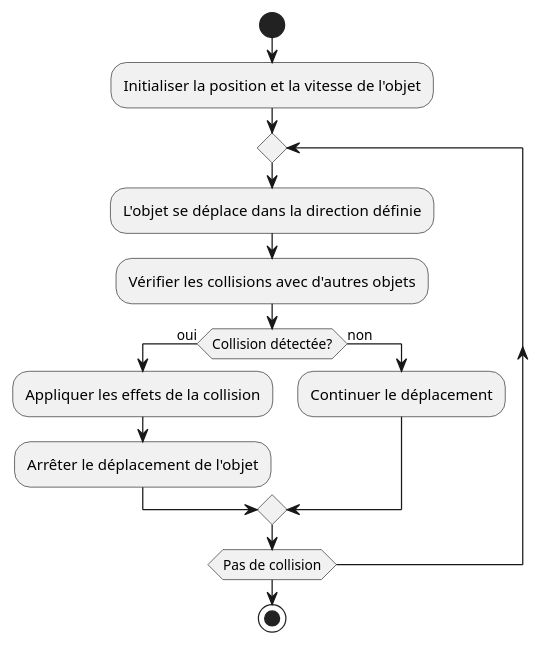
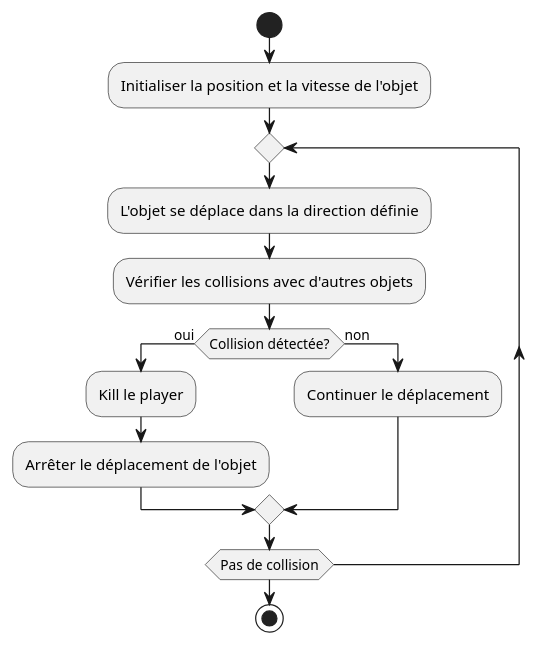
Before and after one commit to LosVerinos/Crossy-Road: the diagram in Analyse/ActivityDiagram/moovingObject.puml, drawn with PlantUML. The commit also changed 5 other files, not shown here.

Commit message:
review des diagrammes d'activités

```diff
--- a/Analyse/ActivityDiagram/moovingObject.puml
+++ b/Analyse/ActivityDiagram/moovingObject.puml
@@ -1,15 +1,15 @@
 @startuml MoovingObjectActivity
 start
 :Initialiser la position et la vitesse de l'objet;
 repeat
   :L'objet se déplace dans la direction définie;
   :Vérifier les collisions avec d'autres objets;
   if (Collision détectée?) then (oui)
-    :Appliquer les effets de la collision;
+    :Kill le player;
     :Arrêter le déplacement de l'objet;
   else (non)
     :Continuer le déplacement;
   endif
 repeat while (Pas de collision)
 stop
 @enduml
```
